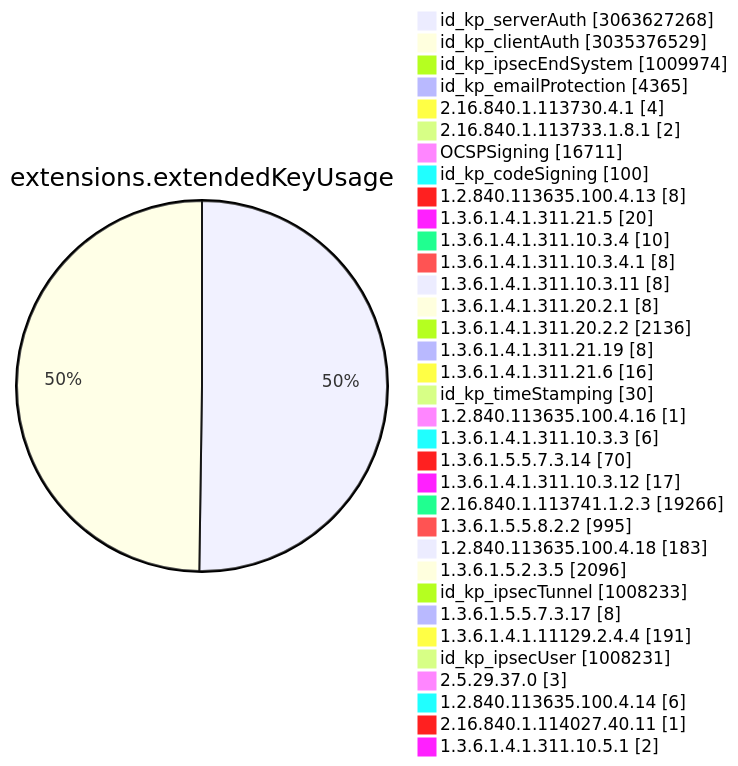
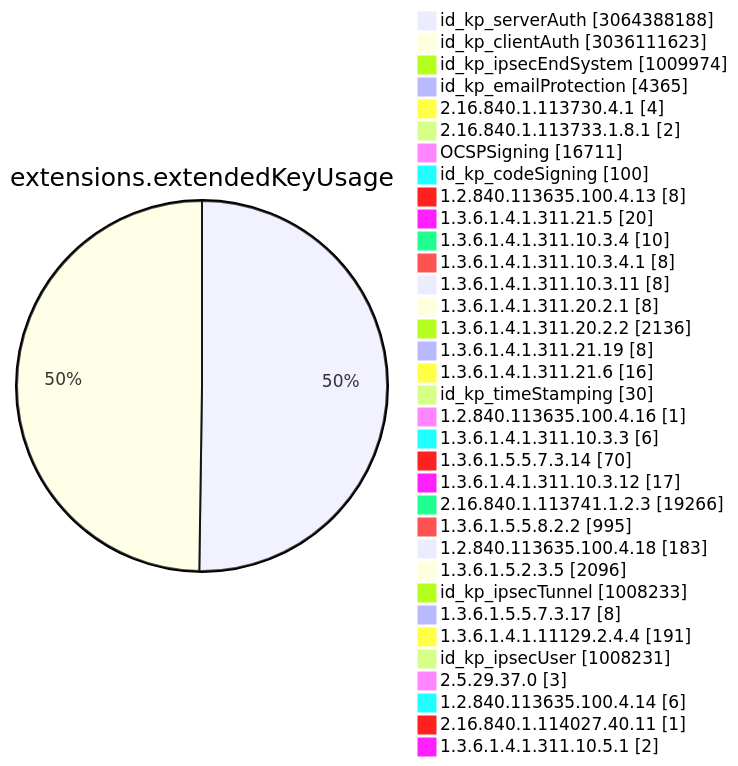
Before and after one commit to christiankrug/ctmonitor_visualization: diagram 11 of 15 in TOTAL/README.md, drawn with Mermaid. The commit also changed other lines of this file, not shown here.

````diff
--- a/TOTAL/README.md
+++ b/TOTAL/README.md
@@ -4117,38 +4117,38 @@
 ```mermaid
 pie showData
 title extensions.extendedKeyUsage
-"id_kp_serverAuth" :3063627268
-"id_kp_clientAuth" :3035376529
+"id_kp_serverAuth" :3064388188
+"id_kp_clientAuth" :3036111623
 "id_kp_ipsecEndSystem" :1009974
 "id_kp_emailProtection" :4365
 "2.16.840.1.113730.4.1" :4
 "2.16.840.1.113733.1.8.1" :2
 "OCSPSigning" :16711
 "id_kp_codeSigning" :100
 "1.2.840.113635.100.4.13" :8
 "1.3.6.1.4.1.311.21.5" :20
 "1.3.6.1.4.1.311.10.3.4" :10
 "1.3.6.1.4.1.311.10.3.4.1" :8
 "1.3.6.1.4.1.311.10.3.11" :8
 "1.3.6.1.4.1.311.20.2.1" :8
 "1.3.6.1.4.1.311.20.2.2" :2136
 "1.3.6.1.4.1.311.21.19" :8
 "1.3.6.1.4.1.311.21.6" :16
 "id_kp_timeStamping" :30
 "1.2.840.113635.100.4.16" :1
 "1.3.6.1.4.1.311.10.3.3" :6
 "1.3.6.1.5.5.7.3.14" :70
 "1.3.6.1.4.1.311.10.3.12" :17
 "2.16.840.1.113741.1.2.3" :19266
 "1.3.6.1.5.5.8.2.2" :995
 "1.2.840.113635.100.4.18" :183
 "1.3.6.1.5.2.3.5" :2096
 "id_kp_ipsecTunnel" :1008233
 "1.3.6.1.5.5.7.3.17" :8
 "1.3.6.1.4.1.11129.2.4.4" :191
 "id_kp_ipsecUser" :1008231
 "2.5.29.37.0" :3
 "1.2.840.113635.100.4.14" :6
 "2.16.840.1.114027.40.11" :1
 "1.3.6.1.4.1.311.10.5.1" :2
 ```
````
